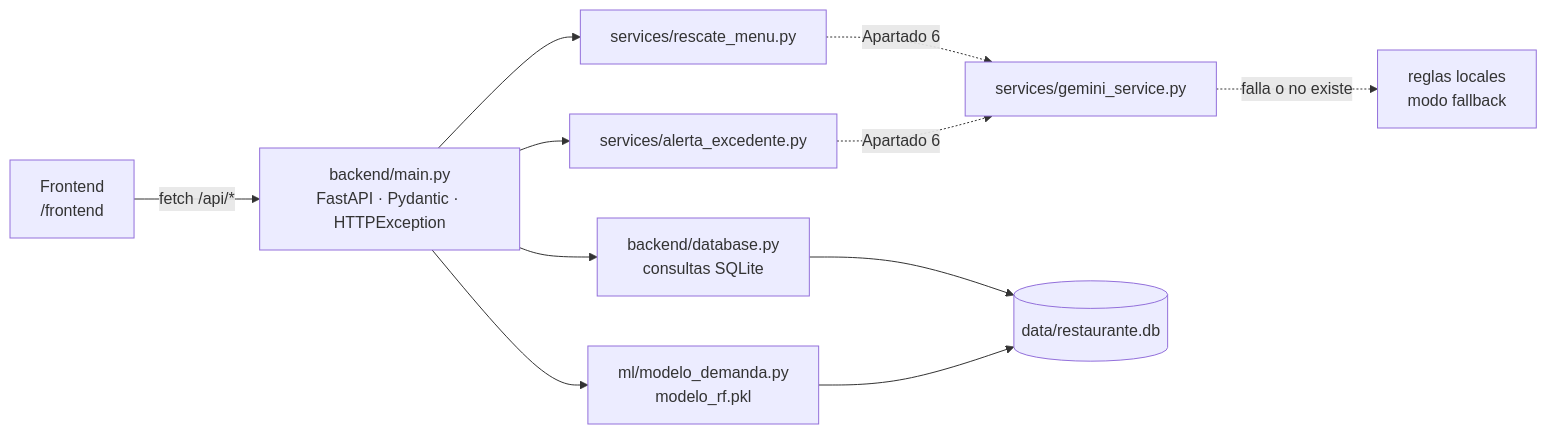
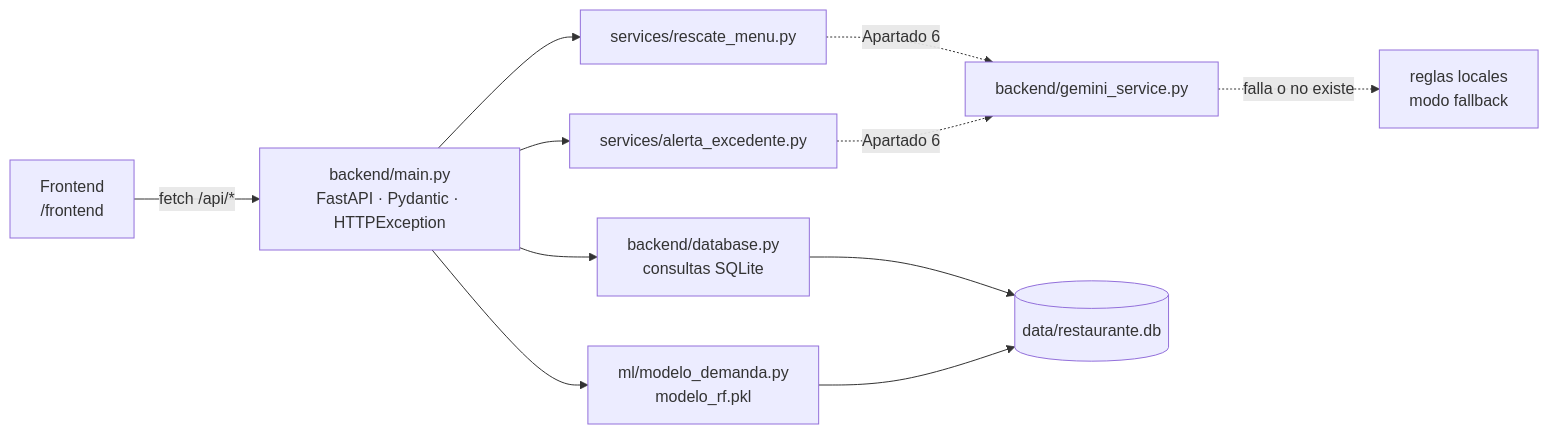
Before and after one commit to AndreRodriguez06/Hackateate_2026: the diagram in docs/04_backend_api.md, drawn with Mermaid. The commit also changed other lines of this file and 15 other files, not shown here.

First line of the commit message:
Apartado 6: integración con Gemini (structured outputs, validación y modo respaldo)

````diff
--- a/docs/04_backend_api.md
+++ b/docs/04_backend_api.md
@@ -42,13 +43,13 @@
 ```mermaid
 flowchart LR
     F[Frontend<br/>/frontend] -- "fetch /api/*" --> M[backend/main.py<br/>FastAPI · Pydantic · HTTPException]
     M --> D[backend/database.py<br/>consultas SQLite]
     M --> R[services/rescate_menu.py]
     M --> A[services/alerta_excedente.py]
     M --> ML[ml/modelo_demanda.py<br/>modelo_rf.pkl]
-    R -. "Apartado 6" .-> G[services/gemini_service.py]
+    R -. "Apartado 6" .-> G[backend/gemini_service.py]
     A -. "Apartado 6" .-> G
     G -. "falla o no existe" .-> FB[reglas locales<br/>modo fallback]
     D --> DB[(data/restaurante.db)]
     ML --> DB
 ```
````
